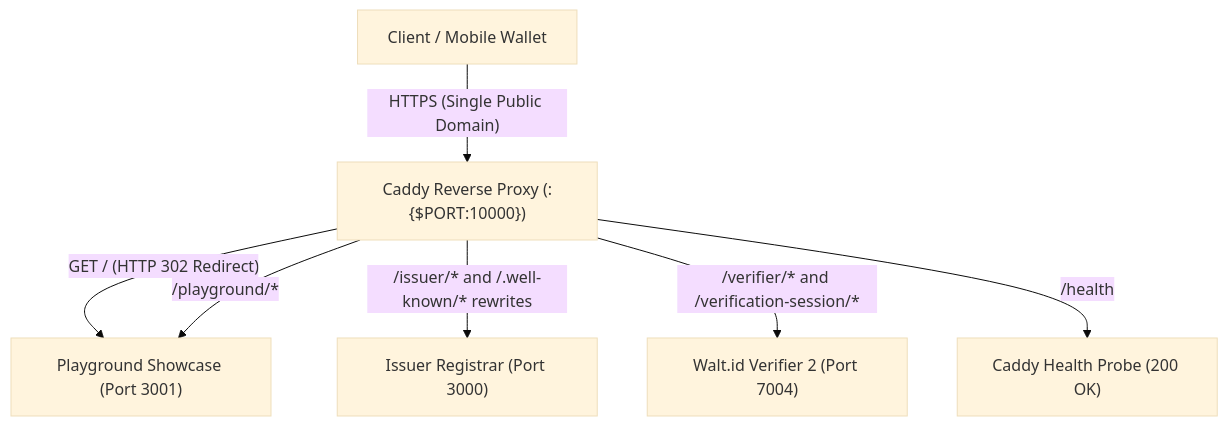
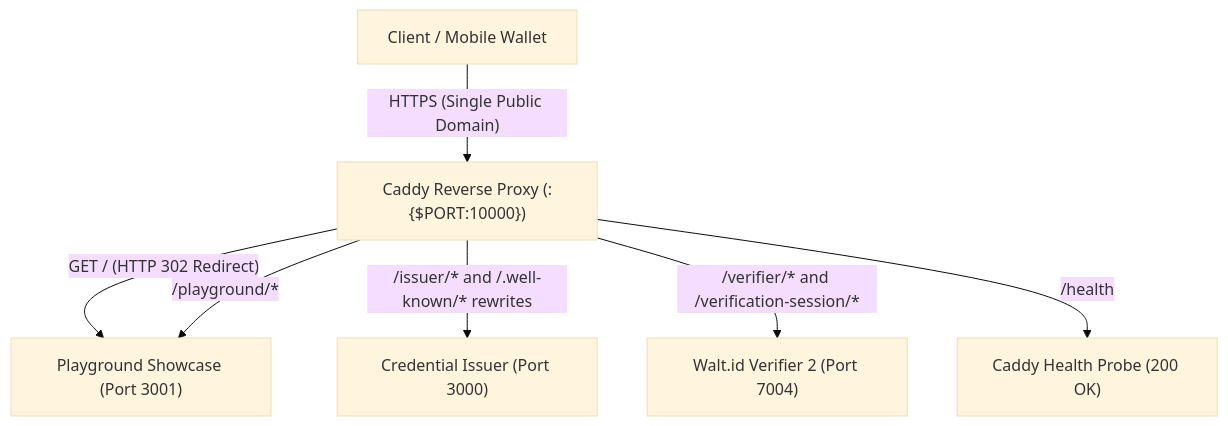
Before and after one commit to huypengin/UniDipVeri: the diagram in deploy/README.md, drawn with Mermaid (base theme). The commit also changed other lines of this file and 23 other files, not shown here.

First line of the commit message:
refactor(issuer): standardize terminology from registrar to issuer

````diff
--- a/deploy/README.md
+++ b/deploy/README.md
@@ -13,10 +13,10 @@
 ```mermaid
 flowchart TD
     Client["Client / Mobile Wallet"] -->|"HTTPS (Single Public Domain)"| Gateway["Caddy Reverse Proxy (:{$PORT:10000})"]
 
     Gateway -->|"GET / (HTTP 302 Redirect)"| Playground["Playground Showcase (Port 3001)"]
     Gateway -->|"/playground/*"| Playground
-    Gateway -->|"/issuer/* and /.well-known/* rewrites"| Issuer["Issuer Registrar (Port 3000)"]
+    Gateway -->|"/issuer/* and /.well-known/* rewrites"| Issuer["Credential Issuer (Port 3000)"]
     Gateway -->|"/verifier/* and /verification-session/*"| Verifier["Walt.id Verifier 2 (Port 7004)"]
     Gateway -->|"/health"| Health["Caddy Health Probe (200 OK)"]
 ```
````
